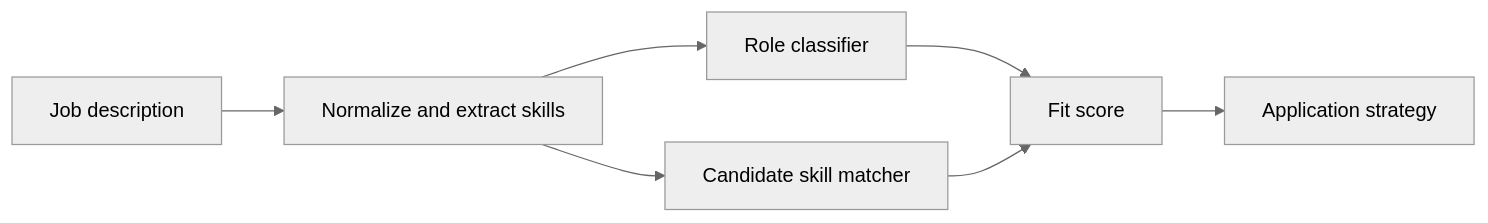
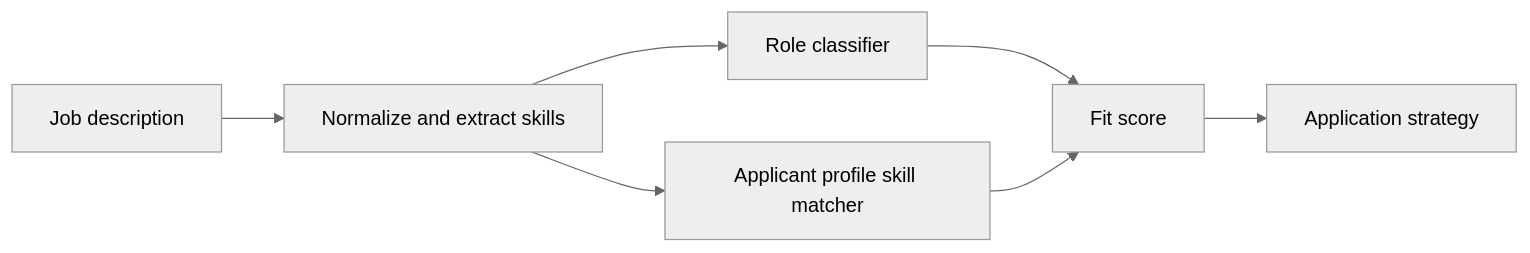
One commit to josiahsutd-stack/ai-portfolio changed the diagram in projects/ai-aec-job-fit-analyzer/README.md. Above: the diagram before and after it, drawn with Mermaid (neutral theme). The commit also changed other lines of this file and 34 other files, not shown here.

````diff
--- a/projects/ai-aec-job-fit-analyzer/README.md
+++ b/projects/ai-aec-job-fit-analyzer/README.md
@@ -35,9 +35,9 @@
 ```mermaid
 flowchart LR
   A["Job description"] --> B["Normalize and extract skills"]
   B --> C["Role classifier"]
-  B --> D["Candidate skill matcher"]
+  B --> D["Applicant profile skill matcher"]
   C --> E["Fit score"]
   D --> E
   E --> F["Application strategy"]
 ```
````
